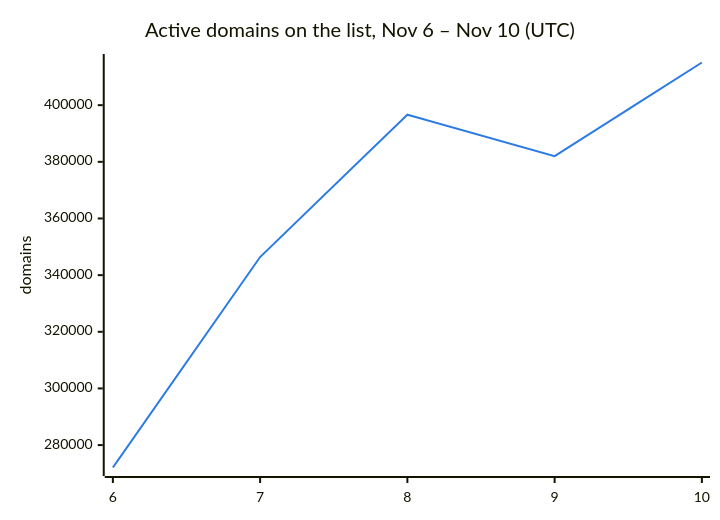
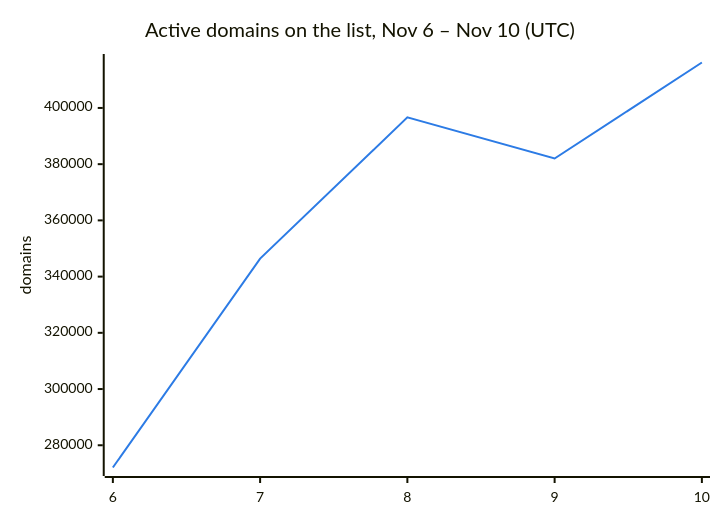
Before and after one commit to DNSBunker/CTI: the second of 3 diagrams in README.md, drawn with Mermaid. The commit also changed other lines of this file and 3 other files, not shown here.

````diff
--- a/README.md
+++ b/README.md
@@ -38,8 +38,8 @@
 ```mermaid
 %%{init: {"themeVariables": {"xyChart": {"plotColorPalette": "#2c7be5"}}}}%%
 xychart-beta
     title "Active domains on the list, Nov 6 – Nov 10 (UTC)"
     x-axis ["6", "7", "8", "9", "10"]
     y-axis "domains"
-    line [272088, 346388, 396638, 382009, 415067]
+    line [272088, 346388, 396638, 382009, 416169]
 ```
````
